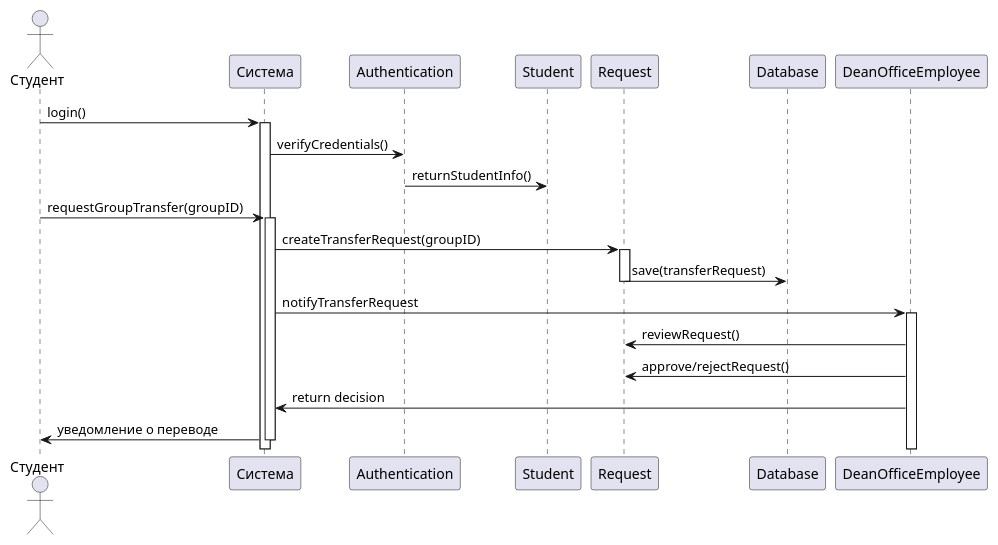
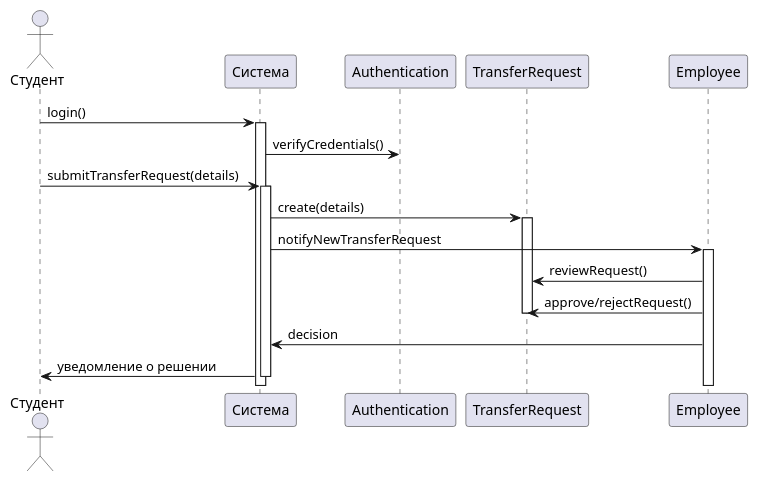
One commit to penamarth/bsbo-02-22_team4_var4 changed the diagram in Прецеденты/Управление заявками на перевод в другую группу/Диаграмма последовательности.md. Above: the diagram before and after it, drawn with PlantUML.

Commit message:
Update Диаграмма последовательности.md

````diff
--- a/Прецеденты/Управление заявками на перевод в другую группу/Диаграмма последовательности.md
+++ b/Прецеденты/Управление заявками на перевод в другую группу/Диаграмма последовательности.md
@@ -1,30 +1,27 @@
 ```plantuml
 @startuml
 
 actor Студент
 
 Студент -> Система : login()
 activate Система
 Система -> Authentication : verifyCredentials()
-Authentication -> Student : returnStudentInfo()
 deactivate Authentication
 
-Студент -> Система : requestGroupTransfer(groupID)
+Студент -> Система : submitTransferRequest(details)
 activate Система
-Система -> Request : createTransferRequest(groupID)
-activate Request
-Request -> Database : save(transferRequest)
-deactivate Request
+Система -> TransferRequest : create(details)
+activate TransferRequest
 
-Система -> DeanOfficeEmployee : notifyTransferRequest
-activate DeanOfficeEmployee
-DeanOfficeEmployee -> Request : reviewRequest()
-DeanOfficeEmployee -> Request : approve/rejectRequest()
-deactivate Request
+Система -> Employee : notifyNewTransferRequest
+activate Employee
+Employee -> TransferRequest : reviewRequest()
+Employee -> TransferRequest : approve/rejectRequest()
+deactivate TransferRequest
 
-Система <- DeanOfficeEmployee : return decision
-Студент <- Система : уведомление о переводе
+Система <- Employee : decision
+Студент <- Система : уведомление о решении
 deactivate Система
 
 @enduml
 ```
````
